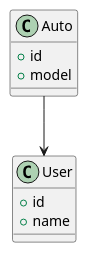
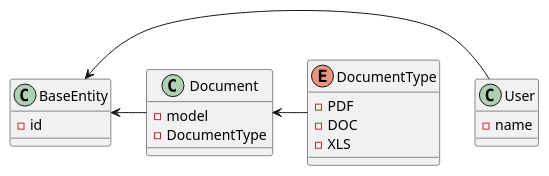
Before and after one commit to CristianLopez3/grandma-api: the diagram in uml/test.puml, drawn with PlantUML. The commit also changed 14 other files, not shown here.

```diff
--- a/uml/test.puml
+++ b/uml/test.puml
@@ -1,15 +1,27 @@
 @startuml
 
-Auto --> User
+BaseEntity <- User
+BaseEntity <- Document
+Document <- DocumentType
 
-class Auto {
-    +id
-    +model
+
+class BaseEntity {
+    -id
+}
+
+class Document {
+    -model
+    -DocumentType
 }
 
 class User {
-    +id
-    +name
+    -name
+}
+
+enum DocumentType {
+    -PDF
+    -DOC
+    -XLS
 }
 
 @enduml
```
